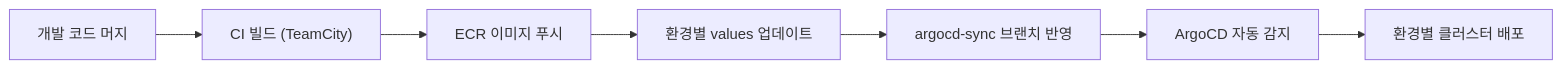
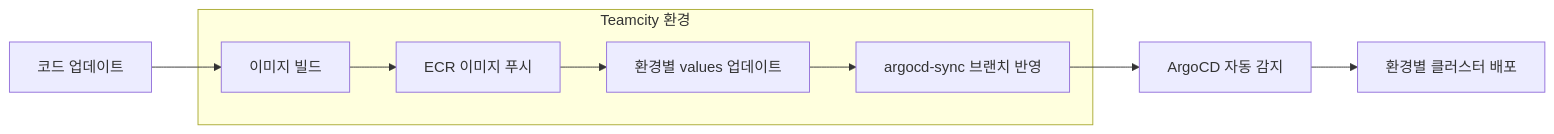
Before and after one commit to goorm-gongbang/001-finalPR: the diagram in docs/content/infrastructure/gitops.md, drawn with Mermaid. The commit also changed other lines of this file, not shown here.

Commit message:
fix(infra): 머메이드 차트 수정 및 설명 수정

````diff
--- a/docs/content/infrastructure/gitops.md
+++ b/docs/content/infrastructure/gitops.md
@@ -9,9 +9,13 @@
 ```mermaid
 flowchart LR
-    DEV["개발 코드 머지"] --> CI["CI 빌드 (TeamCity)"]
-    CI --> ECR["ECR 이미지 푸시"]
-    ECR --> VALUES["환경별 values 업데이트"]
-    VALUES --> SYNC["argocd-sync 브랜치 반영"]
+    DEV["코드 업데이트"] --> CI["이미지 빌드"]
+    
+    subgraph CICD["Teamcity 환경"]
+        CI --> ECR["ECR 이미지 푸시"]
+        ECR --> VALUES["환경별 values 업데이트"]
+        VALUES --> SYNC["argocd-sync 브랜치 반영"]
+    end
+    
     SYNC --> ARGO["ArgoCD 자동 감지"]
     ARGO --> CLUSTER["환경별 클러스터 배포"]
 ```
````
